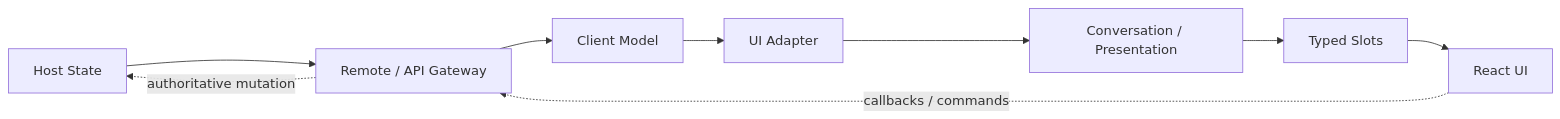
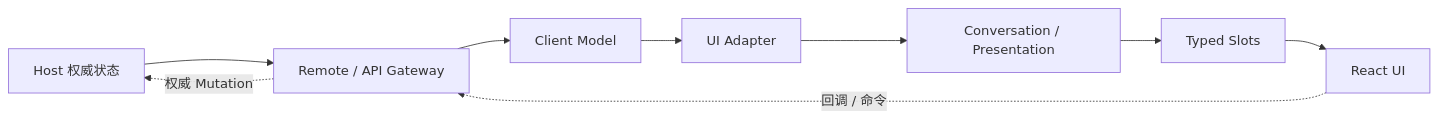
Before and after one commit to 0326/dsh-plugin-market: the diagram in src/react-app/content/whitepaper/v0.1.5-rc.1/11-web-client.md, drawn with Mermaid. The commit also changed other lines of this file, not shown here.

Commit message:
docs: complete web client architecture coverage and localize diagram

````diff
--- a/src/react-app/content/whitepaper/v0.1.5-rc.1/11-web-client.md
+++ b/src/react-app/content/whitepaper/v0.1.5-rc.1/11-web-client.md
@@ -22,11 +28,11 @@
 ```mermaid id=web-client-flow
 flowchart LR
-  H["Host State"] --> R["Remote / API Gateway"]
+  H["Host 权威状态"] --> R["Remote / API Gateway"]
   R --> M["Client Model"]
   M --> U["UI Adapter"]
   U --> C["Conversation / Presentation"]
   C --> S["Typed Slots"]
   S --> V["React UI"]
-  V -. "callbacks / commands" .-> R
-  R -. "authoritative mutation" .-> H
+  V -. "回调 / 命令" .-> R
+  R -. "权威 Mutation" .-> H
 ```
````
